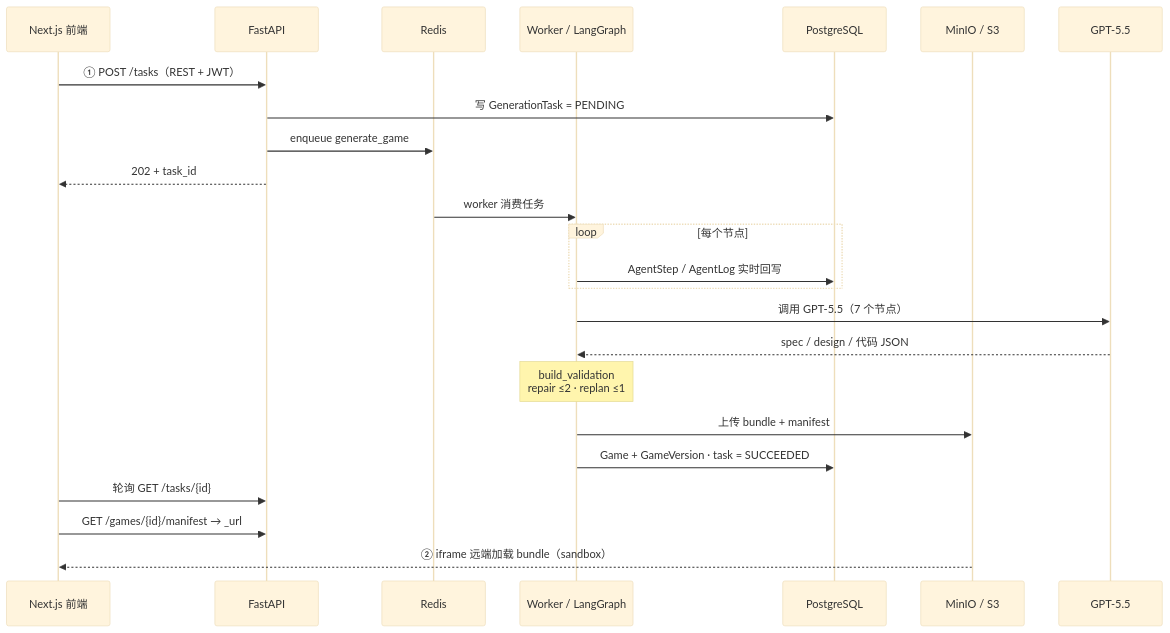
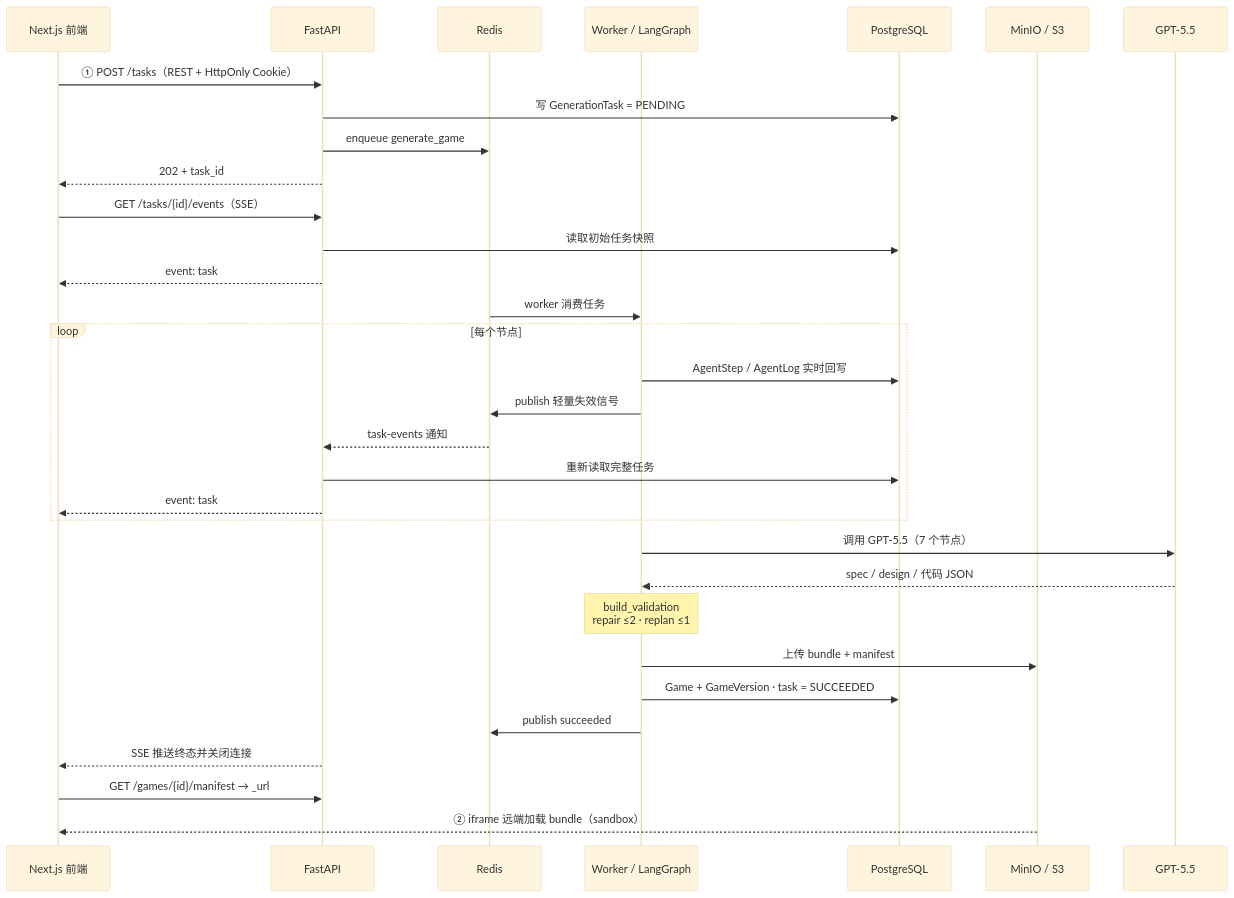
The diagram in docs/系统架构流程讲解.md (charlie11sun-netizen/yahaha), drawn with Mermaid (base theme) before and after one commit. The commit also changed other lines of this file and 64 other files, not shown here.

````diff
--- a/docs/系统架构流程讲解.md
+++ b/docs/系统架构流程讲解.md
@@ -33,26 +33,34 @@
 ```mermaid
 sequenceDiagram
     participant FE as Next.js 前端
     participant API as FastAPI
     participant R as Redis
     participant W as Worker / LangGraph
     participant PG as PostgreSQL
     participant S3 as MinIO / S3
     participant M as GPT-5.5
-    FE->>API: ① POST /tasks（REST + JWT）
+    FE->>API: ① POST /tasks（REST + HttpOnly Cookie）
     API->>PG: 写 GenerationTask = PENDING
     API->>R: enqueue generate_game
     API-->>FE: 202 + task_id
+    FE->>API: GET /tasks/{id}/events（SSE）
+    API->>PG: 读取初始任务快照
+    API-->>FE: event: task
     R->>W: worker 消费任务
     loop 每个节点
         W->>PG: AgentStep / AgentLog 实时回写
+        W->>R: publish 轻量失效信号
+        R-->>API: task-events 通知
+        API->>PG: 重新读取完整任务
+        API-->>FE: event: task
     end
     W->>M: 调用 GPT-5.5（7 个节点）
     M-->>W: spec / design / 代码 JSON
     Note over W: build_validation<br/>repair ≤2 · replan ≤1
     W->>S3: 上传 bundle + manifest
     W->>PG: Game + GameVersion · task = SUCCEEDED
-    FE->>API: 轮询 GET /tasks/{id}
+    W->>R: publish succeeded
+    API-->>FE: SSE 推送终态并关闭连接
     FE->>API: GET /games/{id}/manifest → _url
     S3-->>FE: ② iframe 远端加载 bundle（sandbox）
 ```
````
